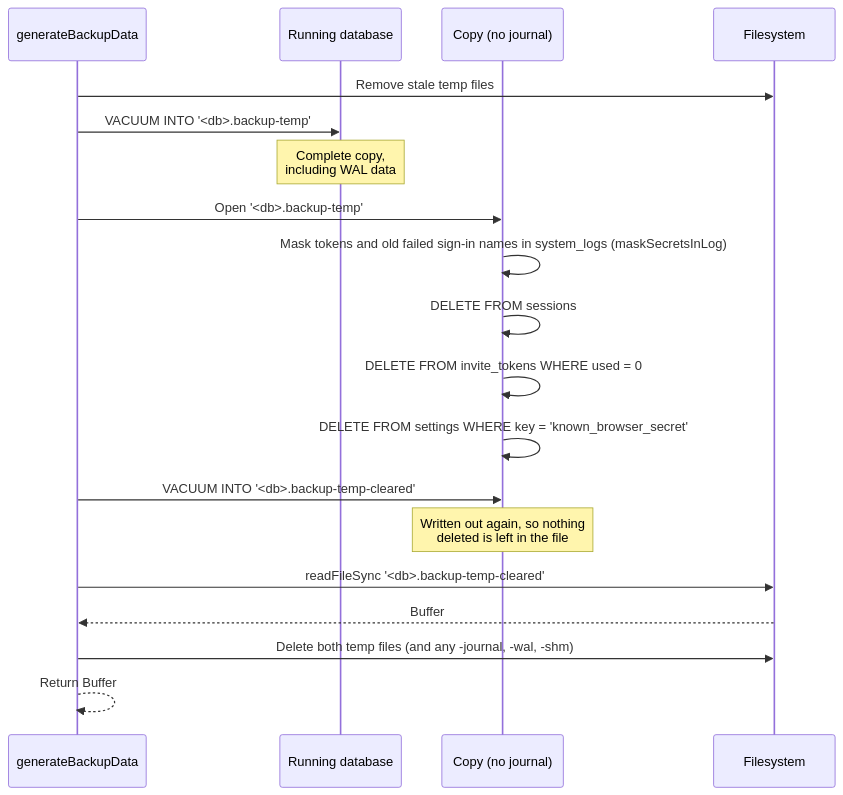
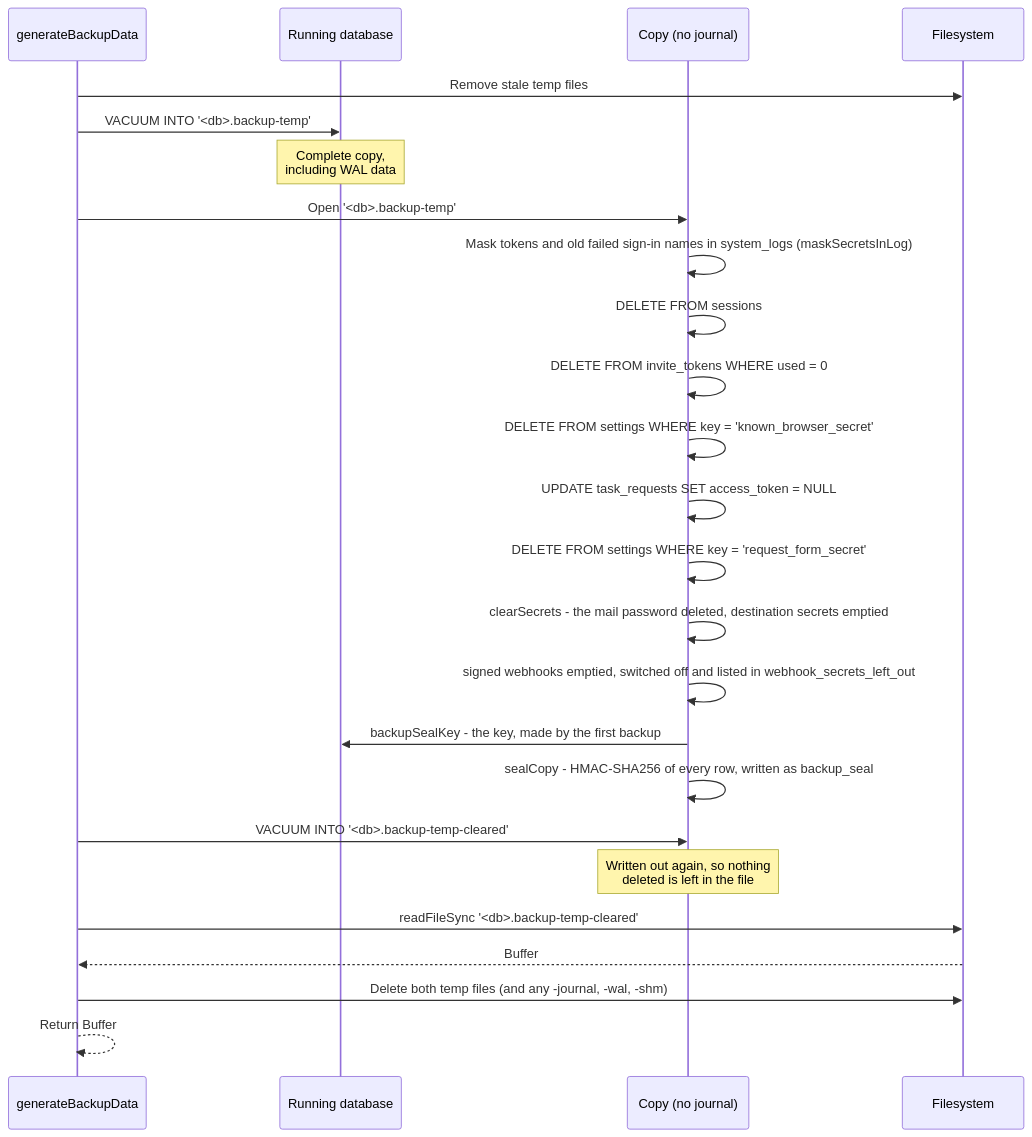
One commit to gitBoon/DumpFire changed the second of 7 diagrams in docs/backup-reporting.md. Above: the diagram before and after it, drawn with Mermaid. The commit also changed other lines of this file and 44 other files, not shown here.

````diff
--- a/docs/backup-reporting.md
+++ b/docs/backup-reporting.md
@@ -109,22 +130,28 @@
 ```mermaid
 sequenceDiagram
     participant Backup as generateBackupData
     participant Live as Running database
     participant Copy as Copy (no journal)
     participant FS as Filesystem
 
     Backup->>FS: Remove stale temp files
     Backup->>Live: VACUUM INTO '<db>.backup-temp'
     Note over Live: Complete copy,<br/>including WAL data
     Backup->>Copy: Open '<db>.backup-temp'
     Copy->>Copy: Mask tokens and old failed sign-in names in system_logs (maskSecretsInLog)
     Copy->>Copy: DELETE FROM sessions
     Copy->>Copy: DELETE FROM invite_tokens WHERE used = 0
     Copy->>Copy: DELETE FROM settings WHERE key = 'known_browser_secret'
+    Copy->>Copy: UPDATE task_requests SET access_token = NULL
+    Copy->>Copy: DELETE FROM settings WHERE key = 'request_form_secret'
+    Copy->>Copy: clearSecrets - the mail password deleted, destination secrets emptied
+    Copy->>Copy: signed webhooks emptied, switched off and listed in webhook_secrets_left_out
+    Copy->>Live: backupSealKey - the key, made by the first backup
+    Copy->>Copy: sealCopy - HMAC-SHA256 of every row, written as backup_seal
     Backup->>Copy: VACUUM INTO '<db>.backup-temp-cleared'
     Note over Copy: Written out again, so nothing<br/>deleted is left in the file
     Backup->>FS: readFileSync '<db>.backup-temp-cleared'
     FS-->>Backup: Buffer
     Backup->>FS: Delete both temp files (and any -journal, -wal, -shm)
     Backup-->>Backup: Return Buffer
 ```
````
